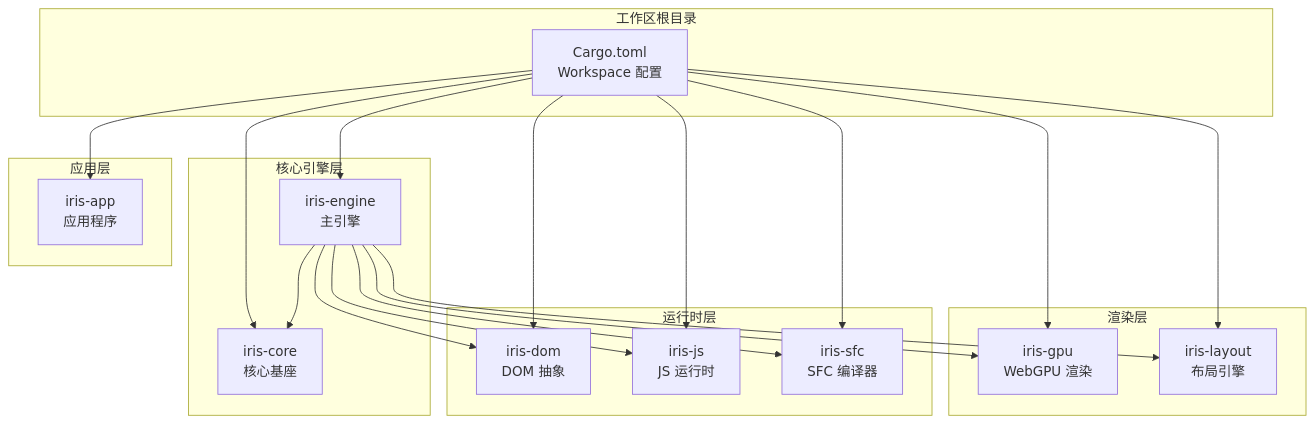
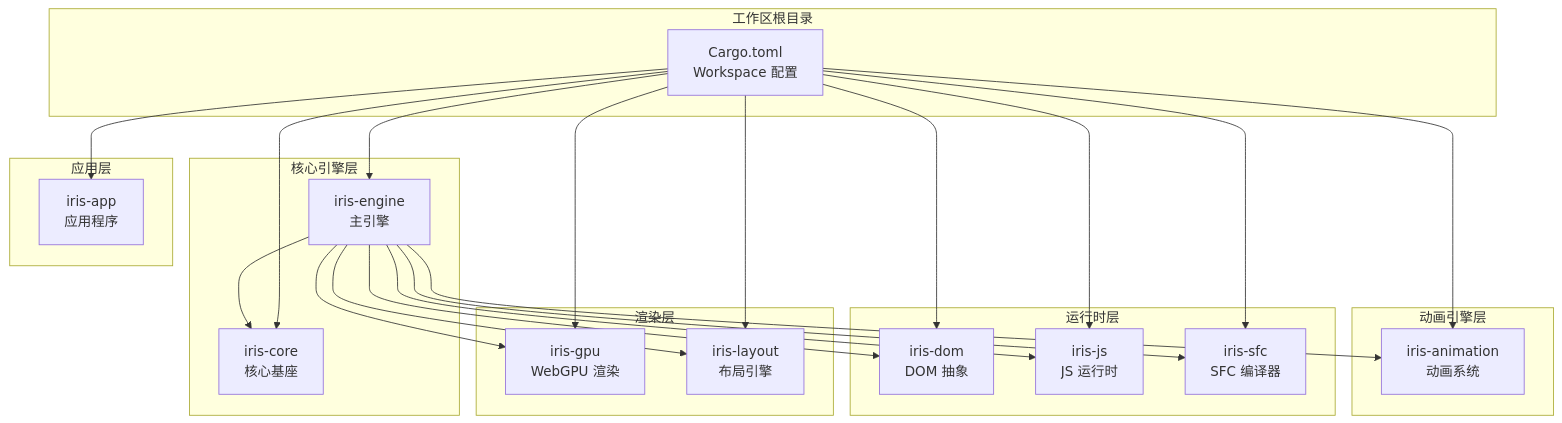
Before and after one commit to itszzl-sudo/iris: the first of 13 diagrams in .qoder/repowiki/zh/content/核心功能特性/工程化与商业化能力/测试框架与基础设施/测试框架与基础设施.md, drawn with Mermaid. The commit also changed other lines of this file and 8 other files, not shown here.

````diff
--- a/.qoder/repowiki/zh/content/核心功能特性/工程化与商业化能力/测试框架与基础设施/测试框架与基础设施.md
+++ b/.qoder/repowiki/zh/content/核心功能特性/工程化与商业化能力/测试框架与基础设施/测试框架与基础设施.md
@@ -38,36 +56,41 @@
 ```mermaid
 graph TB
 subgraph "工作区根目录"
 WS[Cargo.toml<br/>Workspace 配置]
 end
 subgraph "核心引擎层"
 ENGINE[iris-engine<br/>主引擎]
 CORE[iris-core<br/>核心基座]
 end
 subgraph "渲染层"
 GPU[iris-gpu<br/>WebGPU 渲染]
 LAYOUT[iris-layout<br/>布局引擎]
 end
 subgraph "运行时层"
 DOM[iris-dom<br/>DOM 抽象]
 JS[iris-js<br/>JS 运行时]
 SFC[iris-sfc<br/>SFC 编译器]
 end
 subgraph "应用层"
 APP[iris-app<br/>应用程序]
 end
+subgraph "动画引擎层"
+ANIMATION[iris-animation<br/>动画系统]
+end
 WS --> ENGINE
 WS --> CORE
 WS --> GPU
 WS --> LAYOUT
 WS --> DOM
 WS --> JS
 WS --> SFC
 WS --> APP
+WS --> ANIMATION
 ENGINE --> CORE
 ENGINE --> GPU
 ENGINE --> LAYOUT
 ENGINE --> DOM
 ENGINE --> JS
 ENGINE --> SFC
+ENGINE --> ANIMATION
 ```
````
